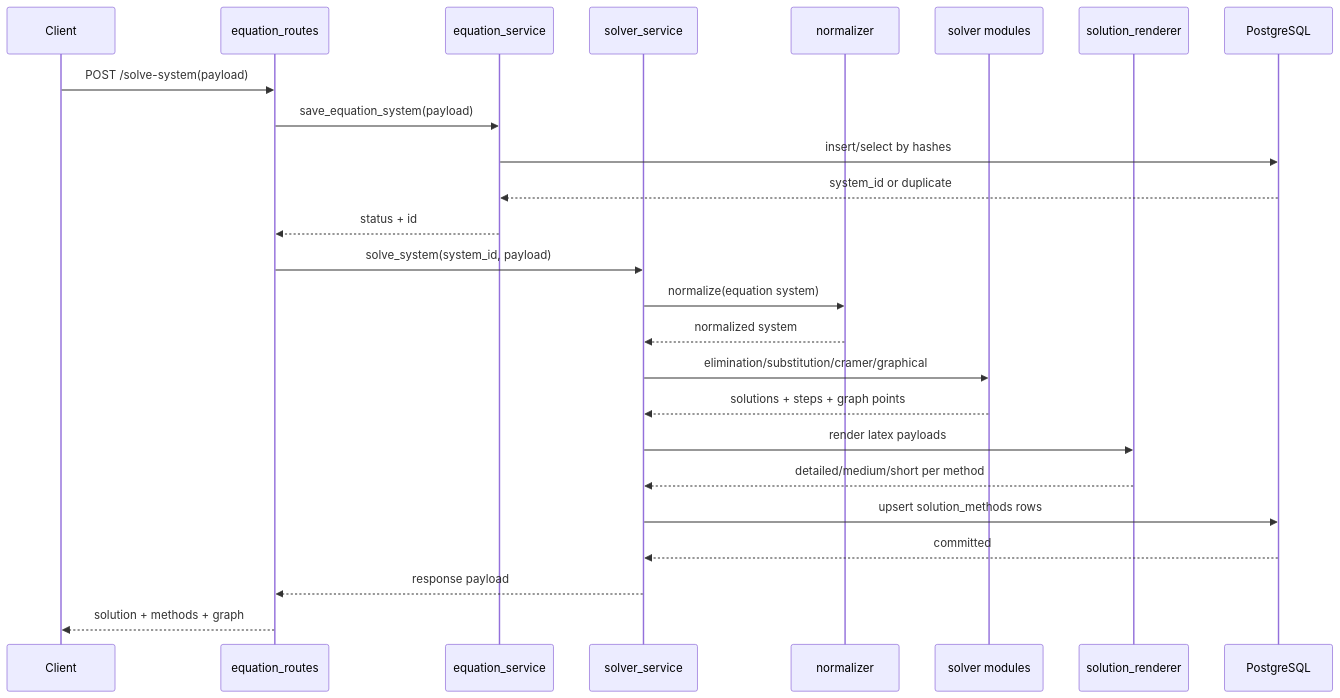
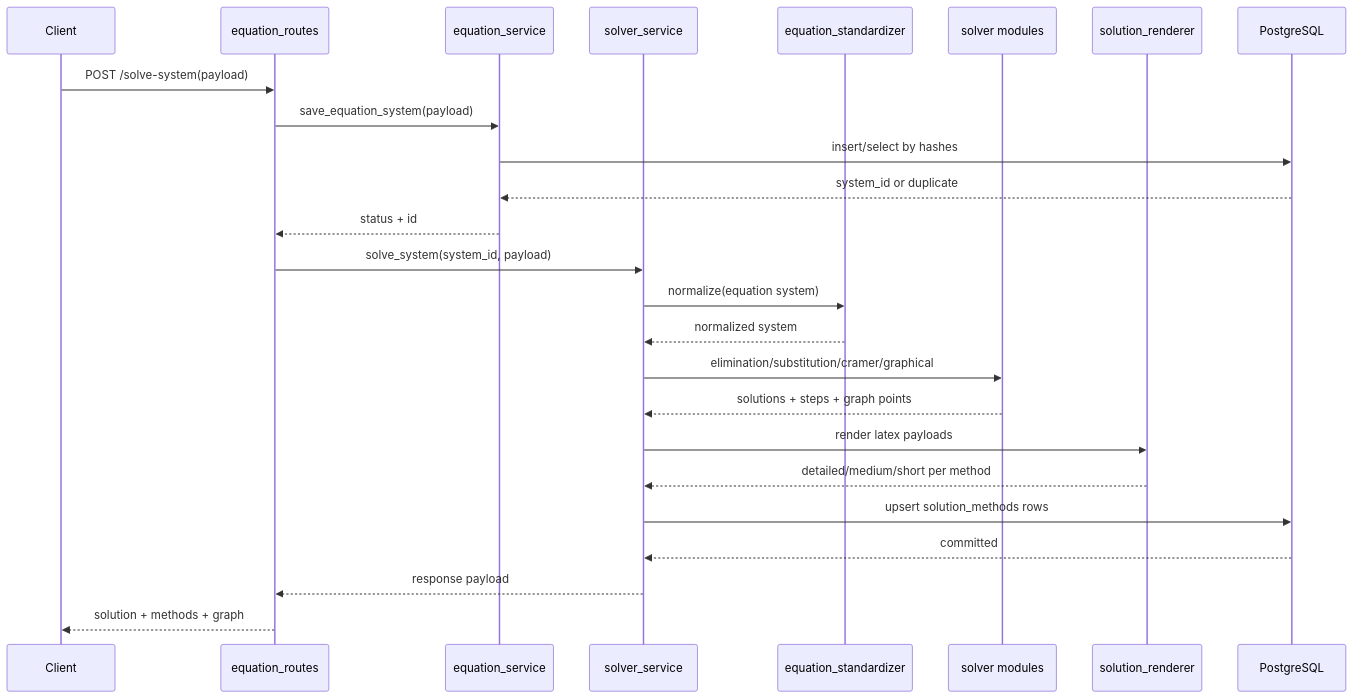
The second of 3 diagrams in TECHNICAL_REPORT_V2.md (shahidagha/linear-equation-solver), drawn with Mermaid before and after one commit. The commit also changed other lines of this file and 9 other files, not shown here.

````diff
--- a/TECHNICAL_REPORT_V2.md
+++ b/TECHNICAL_REPORT_V2.md
@@ -337,29 +337,29 @@
 ```mermaid
 sequenceDiagram
     participant C as Client
     participant R as equation_routes
     participant E as equation_service
     participant S as solver_service
-    participant N as normalizer
+    participant N as equation_standardizer
     participant V as solver modules
     participant L as solution_renderer
     participant D as PostgreSQL
 
     C->>R: POST /solve-system(payload)
     R->>E: save_equation_system(payload)
     E->>D: insert/select by hashes
     D-->>E: system_id or duplicate
     E-->>R: status + id
 
     R->>S: solve_system(system_id, payload)
     S->>N: normalize(equation system)
     N-->>S: normalized system
     S->>V: elimination/substitution/cramer/graphical
     V-->>S: solutions + steps + graph points
     S->>L: render latex payloads
     L-->>S: detailed/medium/short per method
     S->>D: upsert solution_methods rows
     D-->>S: committed
     S-->>R: response payload
     R-->>C: solution + methods + graph
 ```
````
